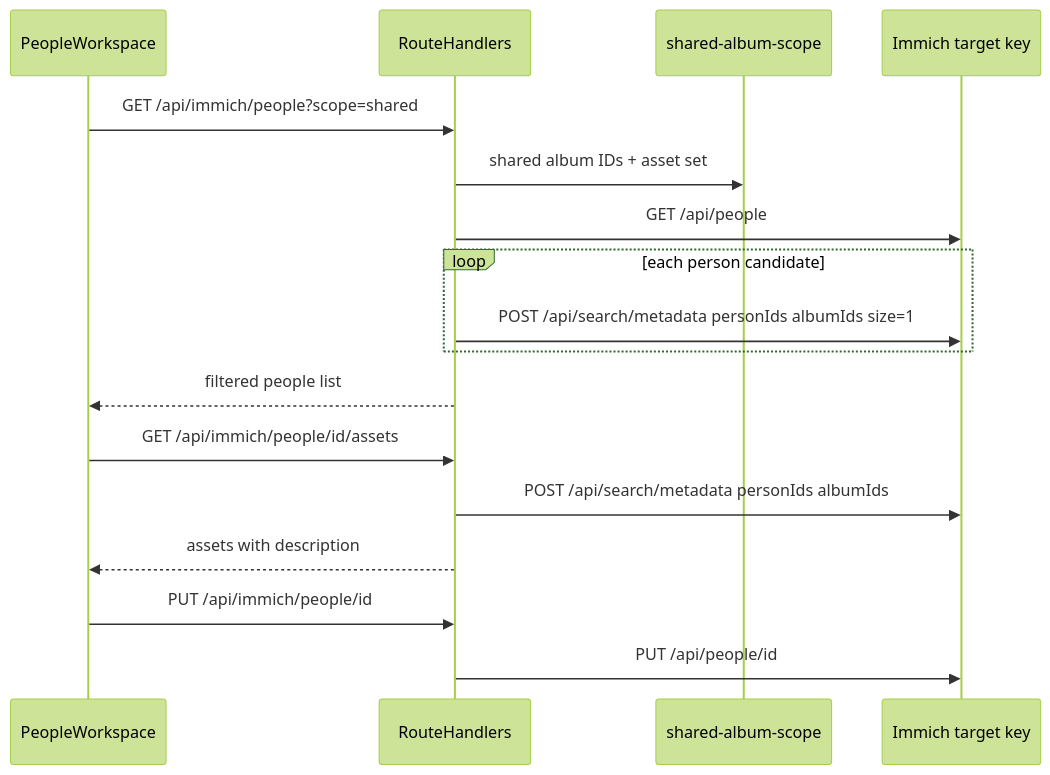
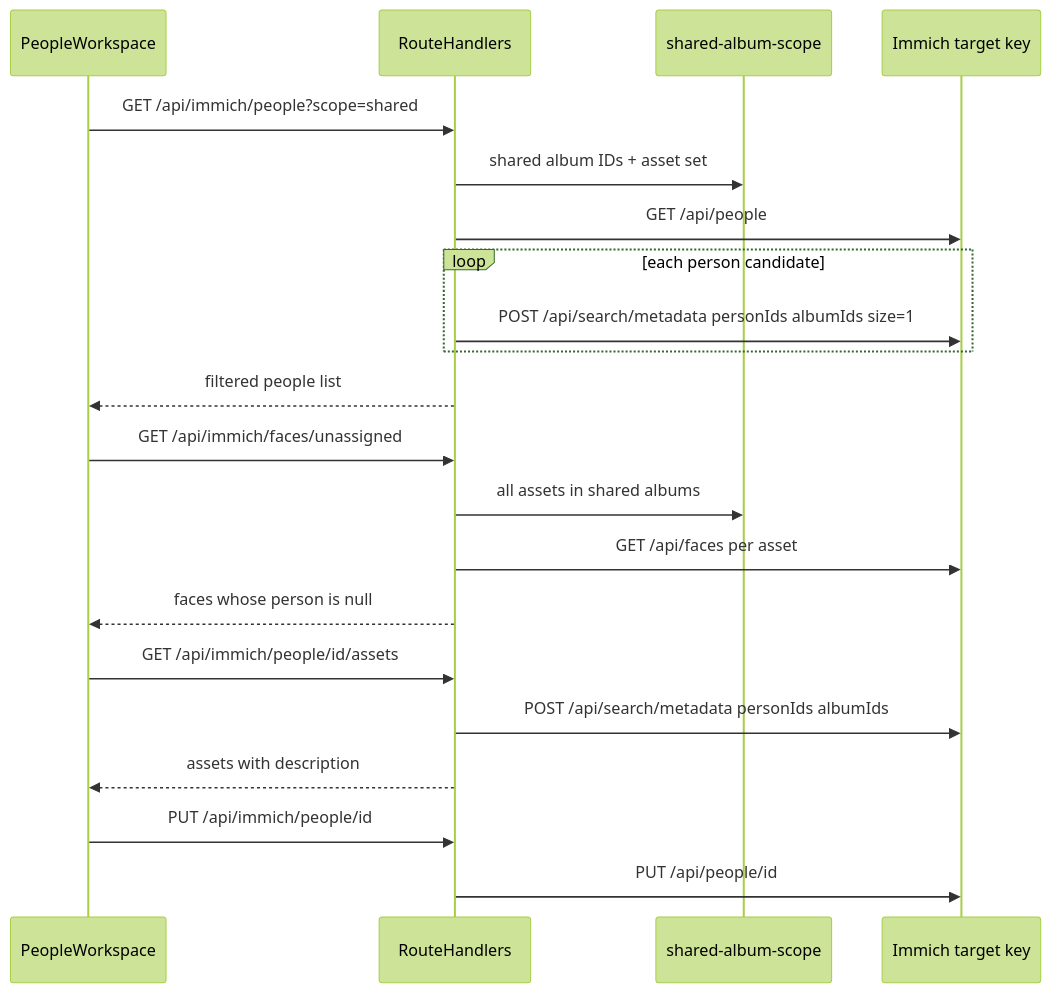
Before and after one commit to ibamsey/immich-curator: the diagram in docs/designs/DES-005-people-catalogue-and-panel.md, drawn with Mermaid (forest theme). The commit also changed other lines of this file and 26 other files, not shown here.

First line of the commit message:
Add People and Faces tabs for shared-album person curation.

````diff
--- a/docs/designs/DES-005-people-catalogue-and-panel.md
+++ b/docs/designs/DES-005-people-catalogue-and-panel.md
@@ -29,22 +31,27 @@
 ```mermaid
 sequenceDiagram
   participant UI as PeopleWorkspace
   participant API as RouteHandlers
   participant Lib as shared-album-scope
   participant Immich as Immich target key
 
   UI->>API: GET /api/immich/people?scope=shared
   API->>Lib: shared album IDs + asset set
   API->>Immich: GET /api/people
   loop each person candidate
     API->>Immich: POST /api/search/metadata personIds albumIds size=1
   end
   API-->>UI: filtered people list
 
+  UI->>API: GET /api/immich/faces/unassigned
+  API->>Lib: all assets in shared albums
+  API->>Immich: GET /api/faces per asset
+  API-->>UI: faces whose person is null
+
   UI->>API: GET /api/immich/people/id/assets
   API->>Immich: POST /api/search/metadata personIds albumIds
   API-->>UI: assets with description
 
   UI->>API: PUT /api/immich/people/id
   API->>Immich: PUT /api/people/id
 ```
````
